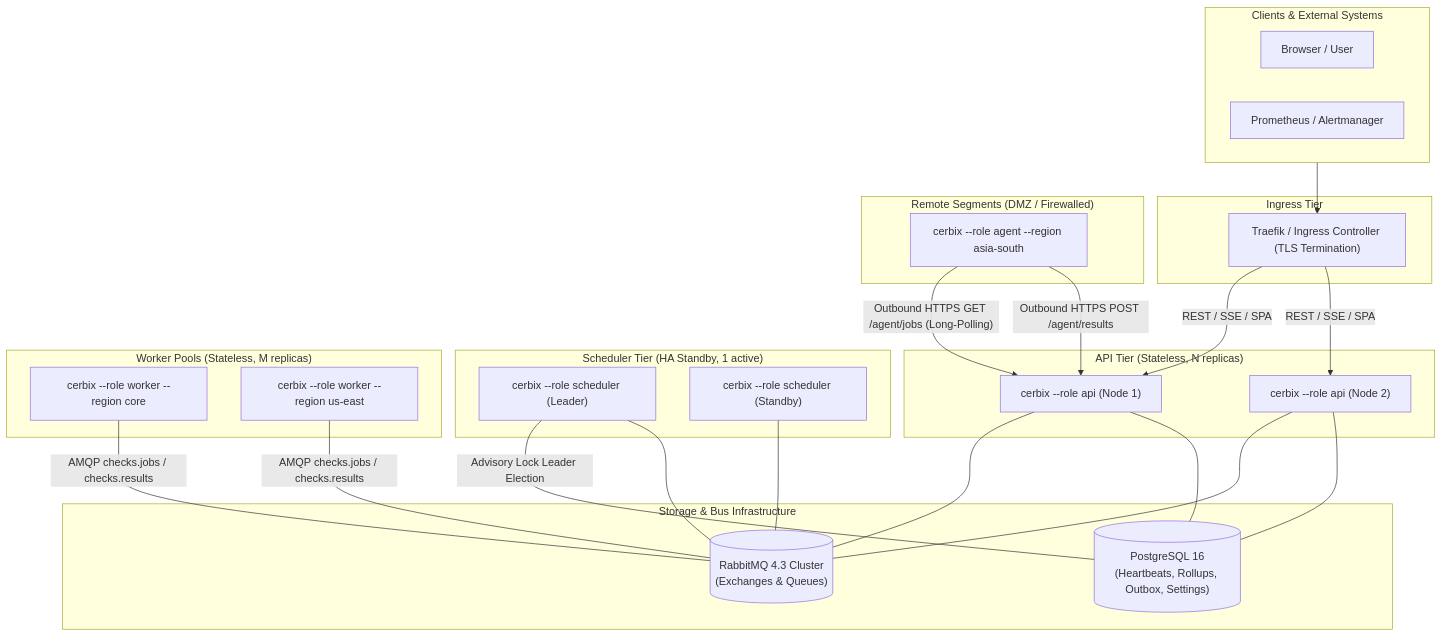
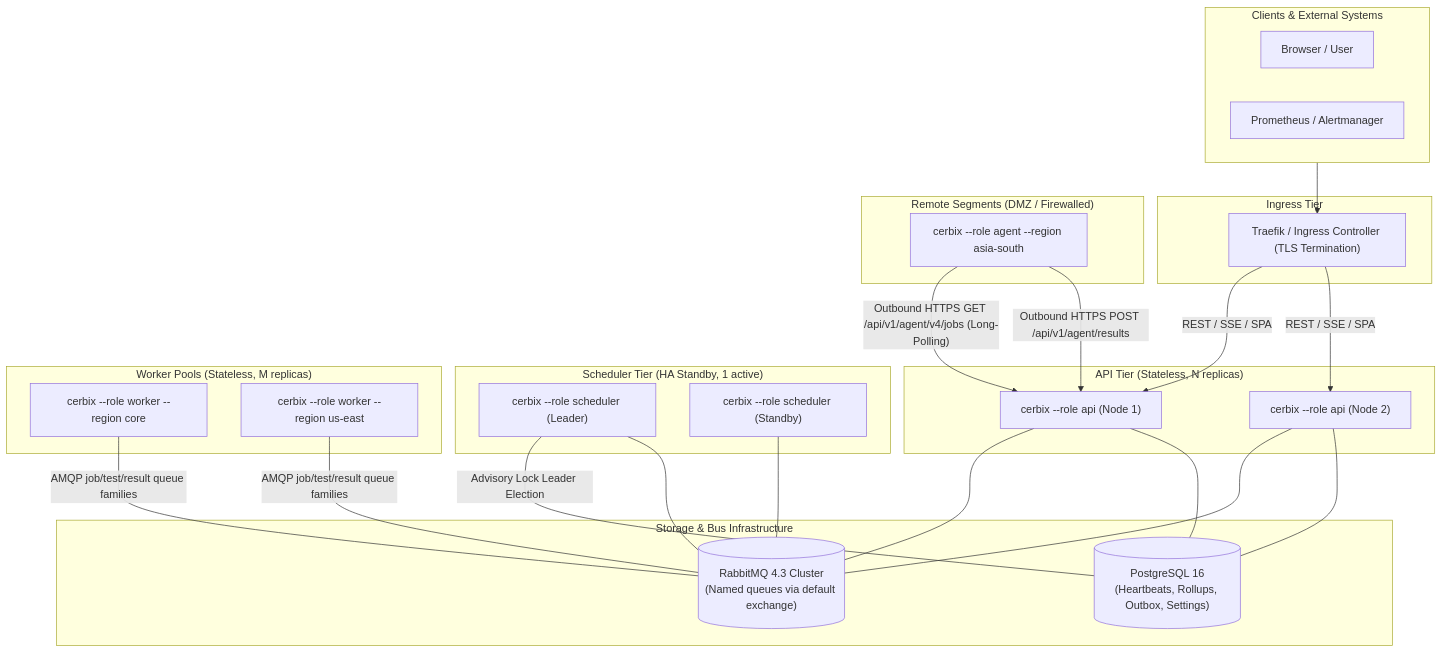
Before and after one commit to teamlead-com/cerbix: the second of 9 diagrams in docs/architecture.md, drawn with Mermaid. The commit also changed other lines of this file and 9 other files, not shown here.

Commit message:
docs: reconcile architecture and operator documentation

````diff
--- a/docs/architecture.md
+++ b/docs/architecture.md
@@ -30,50 +30,50 @@
 ```mermaid
 flowchart TB
     subgraph Clients["Clients & External Systems"]
         User["Browser / User"]
         Prom["Prometheus / Alertmanager"]
     end
 
     subgraph IngressTier["Ingress Tier"]
         LB["Traefik / Ingress Controller (TLS Termination)"]
     end
 
     subgraph APITier["API Tier (Stateless, N replicas)"]
         API1["cerbix --role api (Node 1)"]
         API2["cerbix --role api (Node 2)"]
     end
 
     subgraph SchedTier["Scheduler Tier (HA Standby, 1 active)"]
         SCH1["cerbix --role scheduler (Leader)"]
         SCH2["cerbix --role scheduler (Standby)"]
     end
 
     subgraph WorkerTier["Worker Pools (Stateless, M replicas)"]
         W1["cerbix --role worker --region core"]
         W2["cerbix --role worker --region us-east"]
     end
 
     subgraph RemoteGeo["Remote Segments (DMZ / Firewalled)"]
         AGT1["cerbix --role agent --region asia-south"]
     end
 
     subgraph InfraTier["Storage & Bus Infrastructure"]
-        MQ[("RabbitMQ 4.3 Cluster<br/>(Exchanges & Queues)")]
+        MQ[("RabbitMQ 4.3 Cluster<br/>(Named queues via default exchange)")]
         PG[("PostgreSQL 16<br/>(Heartbeats, Rollups, Outbox, Settings)")]
     end
 
     Clients --> LB
     LB -->|REST / SSE / SPA| API1
     LB -->|REST / SSE / SPA| API2
 
     API1 & API2 --- MQ
     API1 & API2 --- PG
 
     SCH1 ---|Advisory Lock Leader Election| PG
     SCH1 & SCH2 --- MQ
 
-    W1 & W2 ---|AMQP checks.jobs / checks.results| MQ
+    W1 & W2 ---|AMQP job/test/result queue families| MQ
 
-    AGT1 -->|"Outbound HTTPS GET /agent/jobs (Long-Polling)"| API1
-    AGT1 -->|Outbound HTTPS POST /agent/results| API1
+    AGT1 -->|"Outbound HTTPS GET /api/v1/agent/v4/jobs (Long-Polling)"| API1
+    AGT1 -->|Outbound HTTPS POST /api/v1/agent/results| API1
 ```
````
